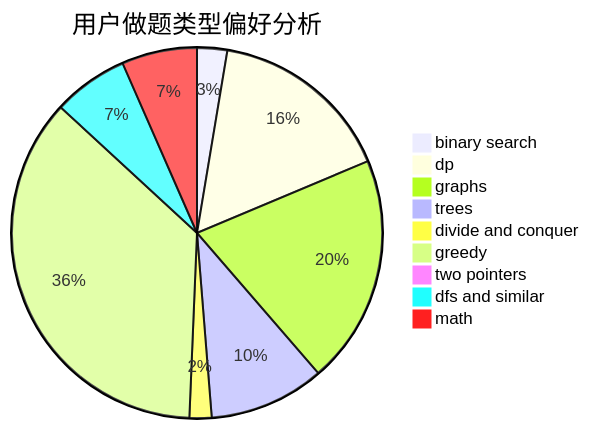
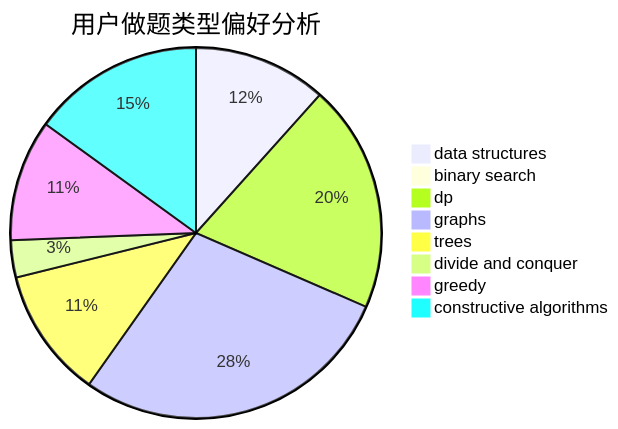
Before and after one commit to sherpahu/cfrs.github.io: the second of 3 diagrams in docs/user/u1826.md, drawn with Mermaid. The commit also changed other lines of this file and 2775 other files, not shown here.

````diff
--- a/docs/user/u1826.md
+++ b/docs/user/u1826.md
@@ -23,12 +23,11 @@
 ```mermaid
 pie title 用户做题类型偏好分析
-    "binary search" :  30
-    "dp" :  183
-    "graphs" :  228
-    "trees" :  115
+    "data structures" :  79
+    "binary search" :  5
+    "dp" :  135
+    "graphs" :  192
+    "trees" :  77
     "divide and conquer" :  22
-    "greedy" :  413
-    "two pointers" :  9
-    "dfs and similar" :  75
-    "math" :  75
+    "greedy" :  72
+    "constructive algorithms" :  102
 ```
````
